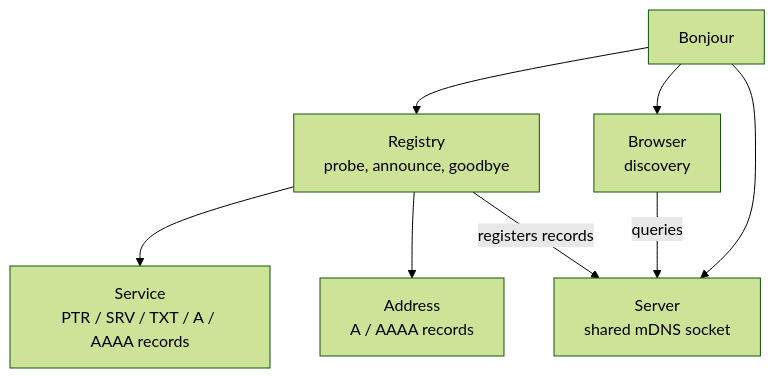
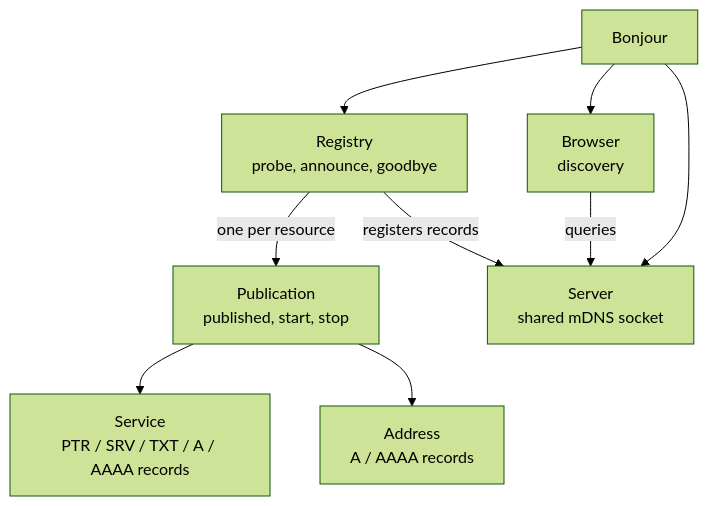
One commit to Event-Engineering/bonjour changed the first of 2 diagrams in README.md. Above: the diagram before and after it, drawn with Mermaid (forest theme). The commit also changed other lines of this file, not shown here.

````diff
--- a/README.md
+++ b/README.md
@@ -38,17 +38,19 @@
 ```mermaid
 flowchart TD
 	B["Bonjour"]
 	R["Registry<br>probe, announce, goodbye"]
 	S["Server<br>shared mDNS socket"]
 	W["Browser<br>discovery"]
+	P["Publication<br>published, start, stop"]
 	Sv["Service<br>PTR / SRV / TXT / A / AAAA records"]
 	Ad["Address<br>A / AAAA records"]
 
 	B --> R
 	B --> W
 	B --> S
-	R --> Sv
-	R --> Ad
+	R -->|one per resource| P
+	P --> Sv
+	P --> Ad
 	R -->|registers records| S
 	W -->|queries| S
 ```
````
